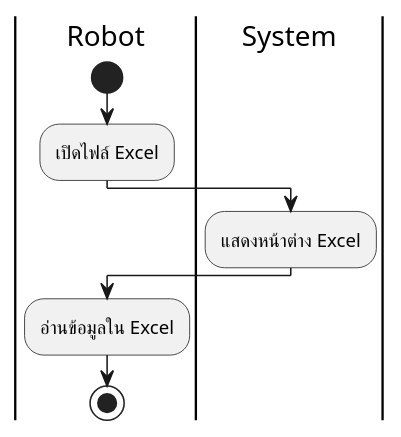
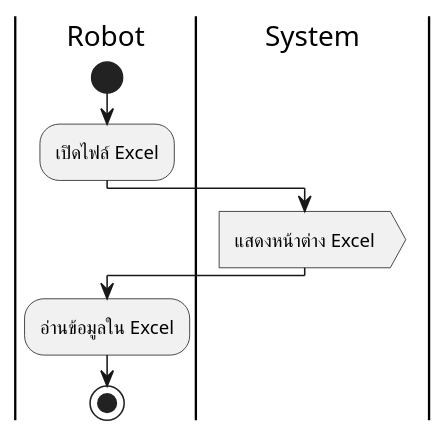
Before and after one commit to Meenkonlapat/RPA-Project: the diagram in Robot Activity/u3-read Data Contracts.wsd, drawn with PlantUML. The commit also changed 4 other files, not shown here.

```diff
--- a/Robot Activity/u3-read Data Contracts.wsd
+++ b/Robot Activity/u3-read Data Contracts.wsd
@@ -1,10 +1,10 @@
 @startuml
 |Robot|
 start
 :เปิดไฟล์ Excel;
 |System|
-:แสดงหน้าต่าง Excel;
+:แสดงหน้าต่าง Excel>
 |Robot|
 :อ่านข้อมูลใน Excel;
 stop
 @enduml
```
